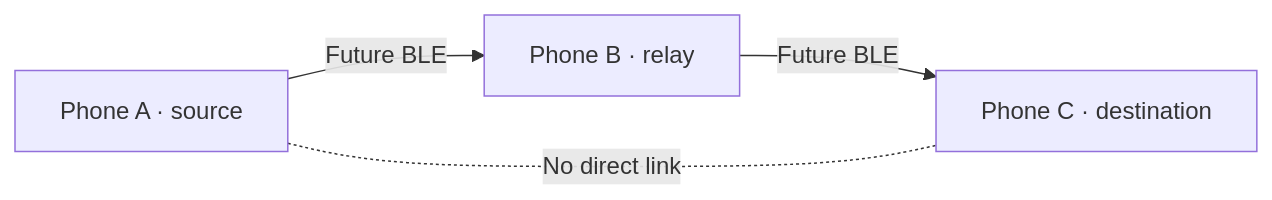
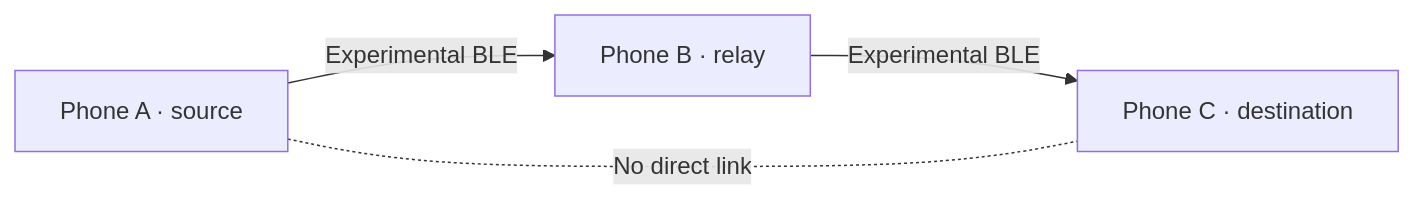
One commit to NicoButter/beaconchat changed the sixth of 6 diagrams in README.md. Above: the diagram before and after it, drawn with Mermaid. The commit also changed other lines of this file and 19 other files, not shown here.

````diff
--- a/README.md
+++ b/README.md
@@ -251,6 +270,6 @@
 ```mermaid
 flowchart LR
-    A["Phone A · source"] -->|"Future BLE"| B["Phone B · relay"]
-    B -->|"Future BLE"| C["Phone C · destination"]
+    A["Phone A · source"] -->|"Experimental BLE"| B["Phone B · relay"]
+    B -->|"Experimental BLE"| C["Phone C · destination"]
     A -. "No direct link" .- C
 ```
````
